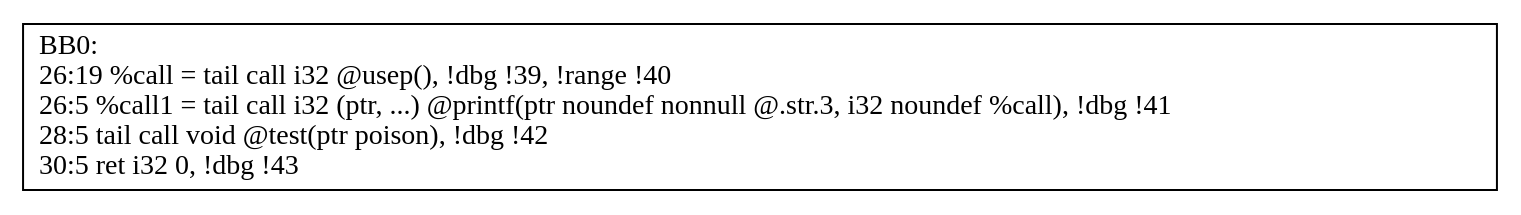
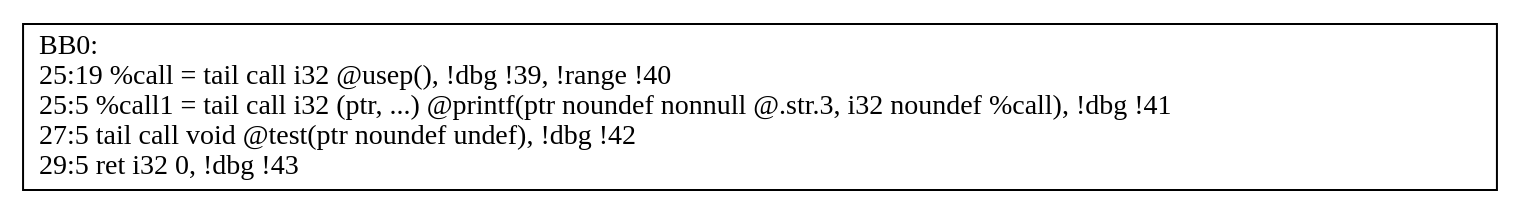
The diagram in output/demo1.ll_main_CFG.dot (M-ouse/FinalDesign), drawn with Graphviz before and after one commit. The commit also changed 10 other files, not shown here.

```diff
--- a/output/demo1.ll_main_CFG.dot
+++ b/output/demo1.ll_main_CFG.dot
@@ -1,3 +1,3 @@
 digraph "CFG for'main' function" {
-	BB0 [shape=record, label="{BB0:\l26:19   %call = tail call i32 @usep(), !dbg !39, !range !40\l 26:5   %call1 = tail call i32 (ptr, ...) @printf(ptr noundef nonnull @.str.3, i32 noundef %call), !dbg !41\l 28:5   tail call void @test(ptr poison), !dbg !42\l 30:5   ret i32 0, !dbg !43\l }"];
+	BB0 [shape=record, label="{BB0:\l25:19   %call = tail call i32 @usep(), !dbg !39, !range !40\l 25:5   %call1 = tail call i32 (ptr, ...) @printf(ptr noundef nonnull @.str.3, i32 noundef %call), !dbg !41\l 27:5   tail call void @test(ptr noundef undef), !dbg !42\l 29:5   ret i32 0, !dbg !43\l }"];
 }
```
